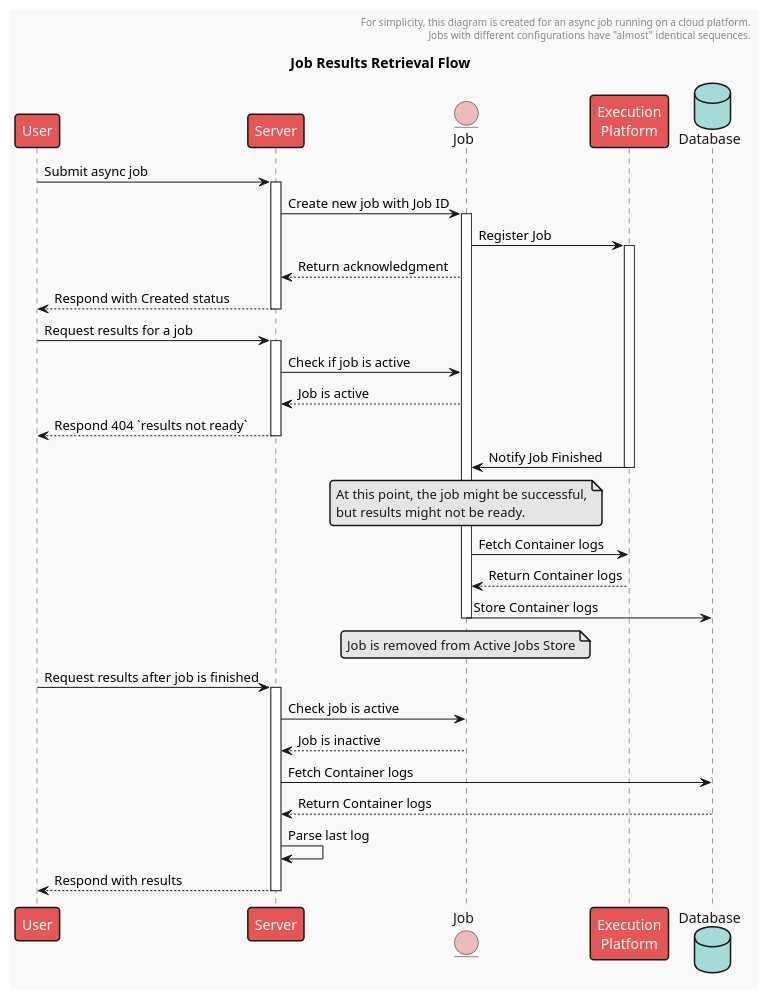
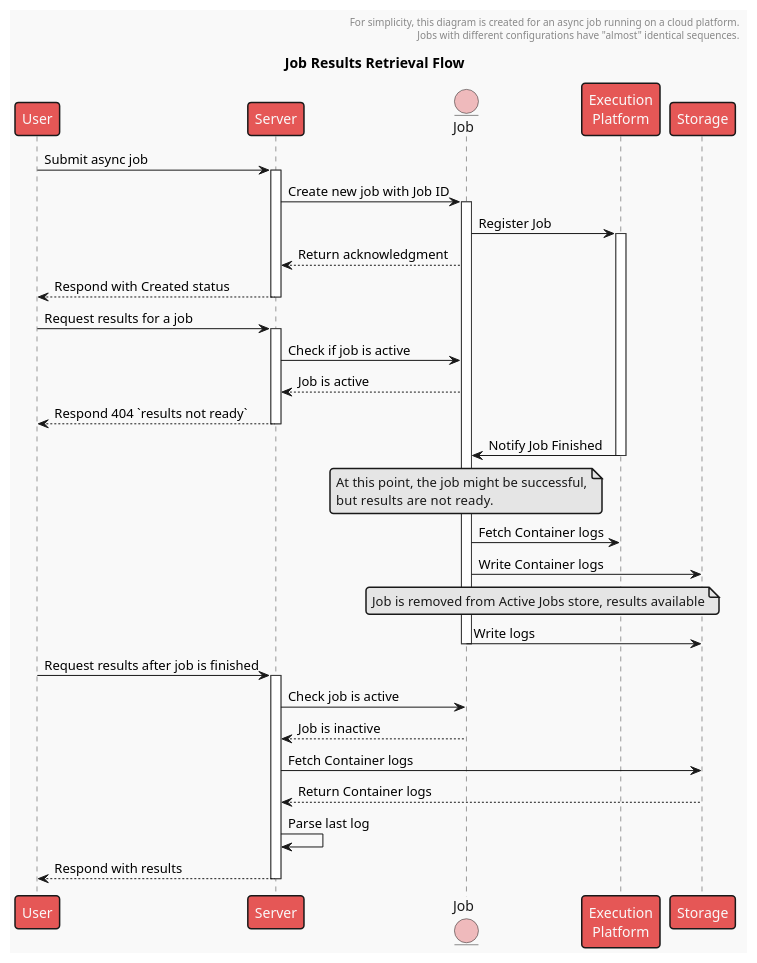
The diagram in imgs/umls/sequence-diagrams/results.puml (Dewberry/process-api), drawn with PlantUML before and after one commit. The commit also changed 4 other files, not shown here.

Commit message:
Update UML diagrams

```diff
--- a/imgs/umls/sequence-diagrams/results.puml
+++ b/imgs/umls/sequence-diagrams/results.puml
@@ -1,58 +1,58 @@
 @startuml results
 !theme mars
 
 title Job Results Retrieval Flow
 header
     For simplicity, this diagram is created for an async job running on a cloud platform.
     Jobs with different configurations have "almost" identical sequences.
 end header
 
 participant User
 participant Server
 entity Job
 participant "Execution\nPlatform"
-database Database
+participant Storage
 
 User -> Server: Submit async job
 activate Server
 
 Server -> Job: Create new job with Job ID
 activate Job
 Job -> "Execution\nPlatform": Register Job
 activate "Execution\nPlatform"
 
 Job --> Server: Return acknowledgment
 Server --> User: Respond with Created status
 deactivate Server
 
 User -> Server: Request results for a job
 activate Server
 Server -> Job: Check if job is active
 Job --> Server: Job is active
 Server --> User: Respond 404 `results not ready`
 deactivate Server
 
 
 "Execution\nPlatform" -> Job: Notify Job Finished
 deactivate "Execution\nPlatform"
-note over Job: At this point, the job might be successful,\nbut results might not be ready.
+note over Job: At this point, the job might be successful,\nbut results are not  ready.
 
 Job -> "Execution\nPlatform": Fetch Container logs
-"Execution\nPlatform" --> Job: Return Container logs
+Job -> Storage: Write Container logs
+note over Job, "Execution\nPlatform": Job is removed from Active Jobs store, results available
 
-Job -> Database: Store Container logs
+Job -> Storage: Write logs
 
-note over Job: Job is removed from Active Jobs Store
 deactivate Job
 
 User -> Server: Request results after job is finished
 activate Server
 Server -> Job: Check job is active
 Job --> Server: Job is inactive
-Server -> Database: Fetch Container logs
-Database --> Server: Return Container logs
+Server -> Storage: Fetch Container logs
+Storage --> Server: Return Container logs
 Server -> Server: Parse last log
 Server --> User: Respond with results
 deactivate Server
 
 @enduml
```
